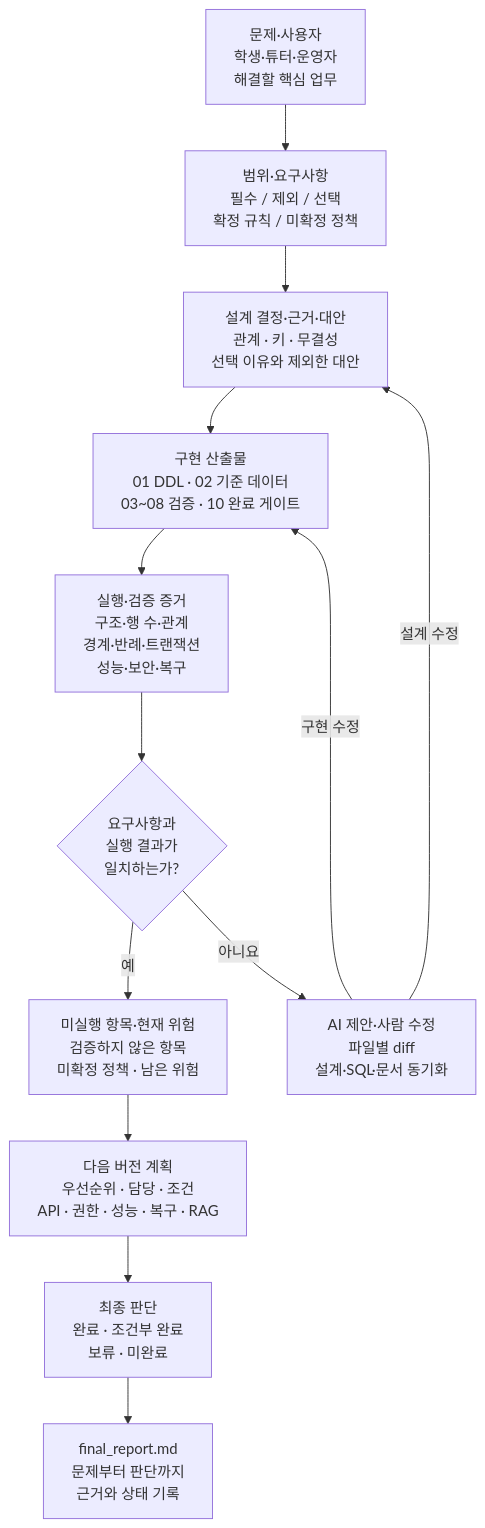
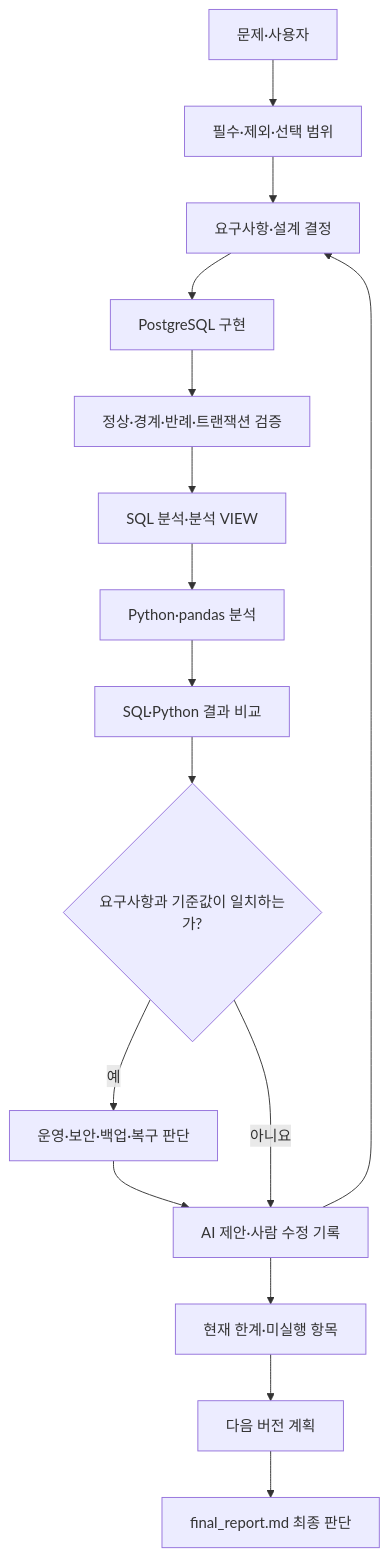
The diagram in images/chapter15/ch15_07_project_story_flow.mmd (GilbertMoon/ai-database-book), drawn with Mermaid before and after one commit.

Commit message:
Update Chapter 15 project story for SQL and Python analysis

```diff
--- a/images/chapter15/ch15_07_project_story_flow.mmd
+++ b/images/chapter15/ch15_07_project_story_flow.mmd
@@ -1,18 +1,20 @@
 flowchart TB
-    A["문제·사용자<br/>학생·튜터·운영자<br/>해결할 핵심 업무"]
-    B["범위·요구사항<br/>필수 / 제외 / 선택<br/>확정 규칙 / 미확정 정책"]
-    C["설계 결정·근거·대안<br/>관계 · 키 · 무결성<br/>선택 이유와 제외한 대안"]
-    D["구현 산출물<br/>01 DDL · 02 기준 데이터<br/>03~08 검증 · 10 완료 게이트"]
-    E["실행·검증 증거<br/>구조·행 수·관계<br/>경계·반례·트랜잭션<br/>성능·보안·복구"]
-    F{"요구사항과<br/>실행 결과가<br/>일치하는가?"}
-    G["AI 제안·사람 수정<br/>파일별 diff<br/>설계·SQL·문서 동기화"]
-    H["미실행 항목·현재 위험<br/>검증하지 않은 항목<br/>미확정 정책 · 남은 위험"]
-    I["다음 버전 계획<br/>우선순위 · 담당 · 조건<br/>API · 권한 · 성능 · 복구 · RAG"]
-    J["최종 판단<br/>완료 · 조건부 완료<br/>보류 · 미완료"]
-    K["final_report.md<br/>문제부터 판단까지<br/>근거와 상태 기록"]
+    A[문제·사용자]
+    B[필수·제외·선택 범위]
+    C[요구사항·설계 결정]
+    D[PostgreSQL 구현]
+    E[정상·경계·반례·트랜잭션 검증]
+    F[SQL 분석·분석 VIEW]
+    G[Python·pandas 분석]
+    H[SQL·Python 결과 비교]
+    I{요구사항과 기준값이 일치하는가?}
+    J[운영·보안·백업·복구 판단]
+    K[AI 제안·사람 수정 기록]
+    L[현재 한계·미실행 항목]
+    M[다음 버전 계획]
+    N[final_report.md 최종 판단]
 
-    A --> B --> C --> D --> E --> F
-    F -- "예" --> H --> I --> J --> K
-    F -- "아니요" --> G
-    G -- "설계 수정" --> C
-    G -- "구현 수정" --> D
+    A --> B --> C --> D --> E --> F --> G --> H --> I
+    I -->|예| J --> K --> L --> M --> N
+    I -->|아니요| K
+    K --> C
```
